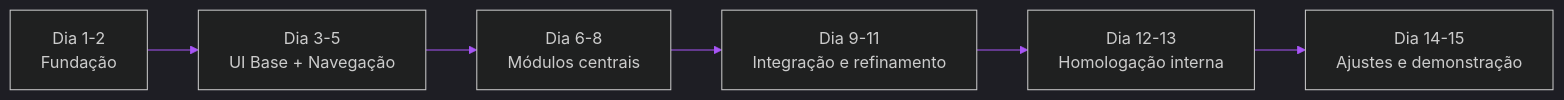
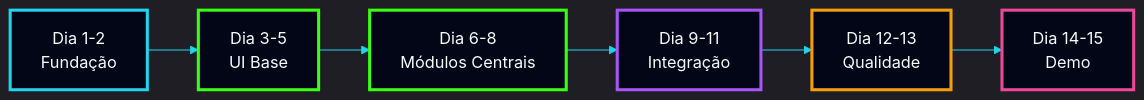
One commit to NickDevHolz/Terra-Conecta changed diagram 11 of 12 in Terra Conecta — Proposta Institucional, Comercial e Técnica.md. Above: the diagram before and after it, drawn with Mermaid. The commit also changed other lines of this file, not shown here.

````diff
--- a/Terra Conecta — Proposta Institucional, Comercial e Técnica.md
+++ b/Terra Conecta — Proposta Institucional, Comercial e Técnica.md
@@ -574,25 +1053,34 @@
 ```mermaid
 %%{init: {
 'theme':'dark',
 'themeVariables':{
 'background':'#020617',
-'primaryColor':'#0ea5e9',
+'mainBkg':'#020617',
+'secondBkg':'#0f172a',
+'tertiaryColor':'#111827',
+'primaryColor':'#22d3ee',
 'primaryTextColor':'#f8fafc',
 'primaryBorderColor':'#39ff14',
-'lineColor':'#a855f7',
 'secondaryColor':'#0f172a',
-'tertiaryColor':'#111827'
+'secondaryTextColor':'#e2e8f0',
+'secondaryBorderColor':'#a855f7',
+'lineColor':'#22d3ee',
+'textColor':'#f8fafc',
+'clusterBkg':'#020617',
+'clusterBorder':'#a855f7',
+'defaultLinkColor':'#22d3ee'
 }}}%%
 flowchart LR
-A[Dia 1-2
-Fundação] --> B[Dia 3-5
-UI Base + Navegação]
-B --> C[Dia 6-8
-Módulos centrais]
-C --> D[Dia 9-11
-Integração e refinamento]
-D --> E[Dia 12-13
-Homologação interna]
-E --> F[Dia 14-15
-Ajustes e demonstração]
+A[Dia 1-2<br/>Fundação] --> B[Dia 3-5<br/>UI Base]
+B --> C[Dia 6-8<br/>Módulos Centrais]
+C --> D[Dia 9-11<br/>Integração]
+D --> E[Dia 12-13<br/>Qualidade]
+E --> F[Dia 14-15<br/>Demo]
+
+style A fill:#020617,stroke:#22d3ee,stroke-width:3px,color:#f8fafc
+style B fill:#020617,stroke:#39ff14,stroke-width:3px,color:#f8fafc
+style C fill:#020617,stroke:#39ff14,stroke-width:3px,color:#f8fafc
+style D fill:#020617,stroke:#a855f7,stroke-width:3px,color:#f8fafc
+style E fill:#020617,stroke:#f59e0b,stroke-width:3px,color:#f8fafc
+style F fill:#020617,stroke:#ec4899,stroke-width:3px,color:#f8fafc
 ```
````
